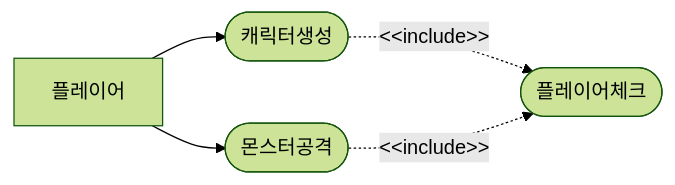
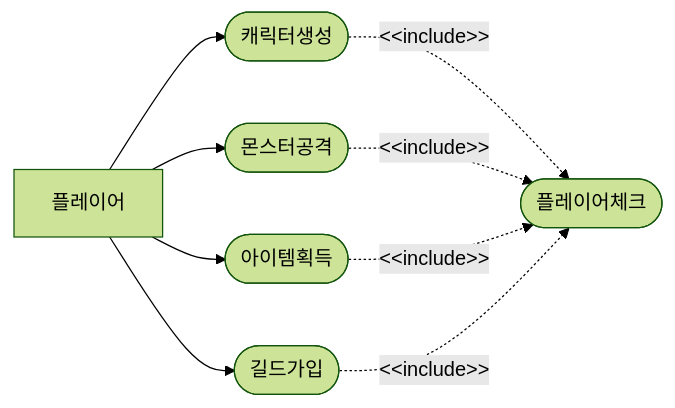
One commit to HSM-03/DnF_Battle_A_03- changed the diagram in UseCaseDiagram.md. Above: the diagram before and after it, drawn with Mermaid (forest theme). The commit also changed 2 other files, not shown here.

Commit message:
UseCaseDiagram 최신화
최신화

````diff
--- a/UseCaseDiagram.md
+++ b/UseCaseDiagram.md
@@ -1,18 +1,24 @@
 ```mermaid
 graph LR
     %% 액터(Actor)
     Player[플레이어]
 
     %% 유스케이스(Use Cases)
     UC1([캐릭터생성])
     UC2([몬스터공격])
-    UC3([플레이어체크])
+    UC3([아이템획득])
+    UC4([길드가입])
+    UC5([플레이어체크])
 
     %% 액터와 유스케이스 간의 관계
     Player --> UC1
     Player --> UC2
+    Player --> UC3
+    Player --> UC4
 
     %% 포함(Include) 관계 설정
-    UC1 -. "&lt;&lt;include&gt;&gt;" .-> UC3
-    UC2 -. "&lt;&lt;include&gt;&gt;" .-> UC3
+    UC1 -. "&lt;&lt;include&gt;&gt;" .-> UC5
+    UC2 -. "&lt;&lt;include&gt;&gt;" .-> UC5
+    UC3 -. "&lt;&lt;include&gt;&gt;" .-> UC5
+    UC4 -. "&lt;&lt;include&gt;&gt;" .-> UC5
 ```
````
